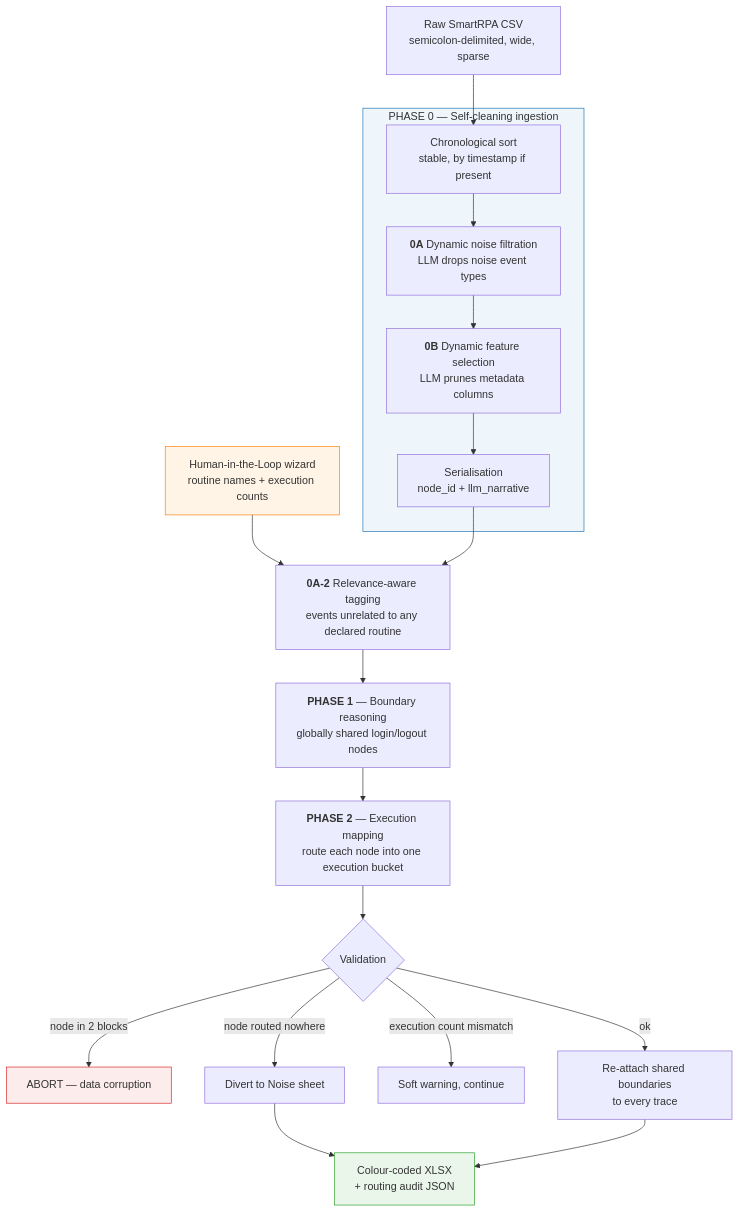
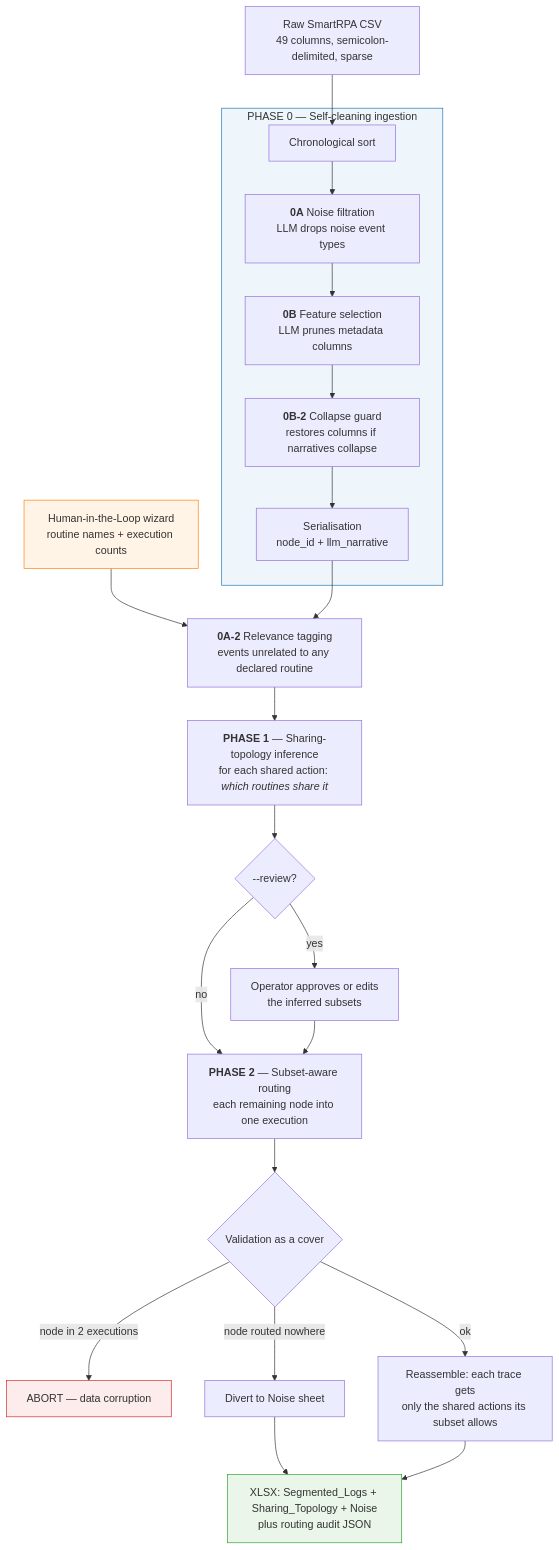
The diagram in README.md (leoricca02/thesis-rpa-log-segmentation), drawn with Mermaid before and after one commit. The commit also changed other lines of this file and 63 other files, not shown here.

````diff
--- a/README.md
+++ b/README.md
@@ -107,30 +82,33 @@
 ```mermaid
 flowchart TD
-    A["Raw SmartRPA CSV<br/>semicolon-delimited, wide, sparse"] --> B
+    A["Raw SmartRPA CSV<br/>49 columns, semicolon-delimited, sparse"] --> B
 
     subgraph P0["PHASE 0 — Self-cleaning ingestion"]
-        B["Chronological sort<br/>stable, by timestamp if present"] --> C["<b>0A</b> Dynamic noise filtration<br/>LLM drops noise event types"]
-        C --> D["<b>0B</b> Dynamic feature selection<br/>LLM prunes metadata columns"]
-        D --> E["Serialisation<br/>node_id + llm_narrative"]
+        B["Chronological sort"] --> C["<b>0A</b> Noise filtration<br/>LLM drops noise event types"]
+        C --> D["<b>0B</b> Feature selection<br/>LLM prunes metadata columns"]
+        D --> E["<b>0B-2</b> Collapse guard<br/>restores columns if narratives collapse"]
+        E --> F["Serialisation<br/>node_id + llm_narrative"]
     end
 
-    W["Human-in-the-Loop wizard<br/>routine names + execution counts"] --> F
-    E --> F["<b>0A-2</b> Relevance-aware tagging<br/>events unrelated to any declared routine"]
+    W["Human-in-the-Loop wizard<br/>routine names + execution counts"] --> G
+    F --> G["<b>0A-2</b> Relevance tagging<br/>events unrelated to any declared routine"]
 
-    F --> G["<b>PHASE 1</b> — Boundary reasoning<br/>globally shared login/logout nodes"]
-    G --> H["<b>PHASE 2</b> — Execution mapping<br/>route each node into one execution bucket"]
+    G --> H["<b>PHASE 1</b> — Sharing-topology inference<br/>for each shared action: <i>which routines share it</i>"]
+    H --> R{"--review?"}
+    R -->|"yes"| I["Operator approves or edits<br/>the inferred subsets"]
+    R -->|"no"| J
+    I --> J["<b>PHASE 2</b> — Subset-aware routing<br/>each remaining node into one execution"]
 
-    H --> V{"Validation"}
-    V -->|"node in 2 blocks"| X["ABORT — data corruption"]
+    J --> V{"Validation as a cover"}
+    V -->|"node in 2 executions"| X["ABORT — data corruption"]
     V -->|"node routed nowhere"| N["Divert to Noise sheet"]
-    V -->|"execution count mismatch"| S["Soft warning, continue"]
-    V -->|"ok"| R["Re-attach shared boundaries<br/>to every trace"]
+    V -->|"ok"| K["Reassemble: each trace gets<br/>only the shared actions its subset allows"]
 
     N --> O
-    R --> O["Colour-coded XLSX<br/>+ routing audit JSON"]
+    K --> O["XLSX: Segmented_Logs + Sharing_Topology + Noise<br/>plus routing audit JSON"]
 
     style P0 fill:#eef5fb,stroke:#1F77B4
     style W fill:#fff4e6,stroke:#FF7F0E
     style X fill:#fdecec,stroke:#D62728
     style O fill:#eaf6ea,stroke:#2CA02C
 ```
````
